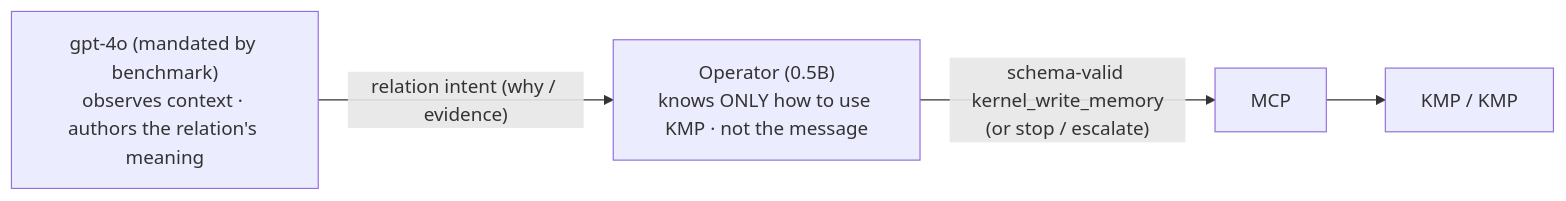
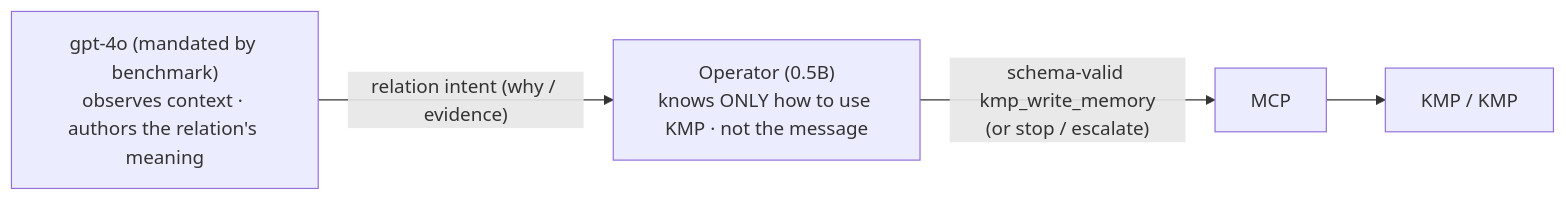
The second of 2 diagrams in docs/operator.md (underpass-ai/kmp), drawn with Mermaid before and after one commit. The commit also changed other lines of this file and 125 other files, not shown here.

Commit message:
Rename the MCP surface to KMP

````diff
--- a/docs/operator.md
+++ b/docs/operator.md
@@ -111,10 +111,10 @@
 ```mermaid
 graph LR
     LLM["gpt-4o (mandated by benchmark)<br/>observes context · authors the relation's meaning"]
     OP["Operator (0.5B)<br/>knows ONLY how to use KMP · not the message"]
     MCP["MCP"]
     K["KMP / KMP"]
     LLM -->|"relation intent (why / evidence)"| OP
-    OP -->|"schema-valid kernel_write_memory<br/>(or stop / escalate)"| MCP
+    OP -->|"schema-valid kmp_write_memory<br/>(or stop / escalate)"| MCP
     MCP --> K
 ```
````
